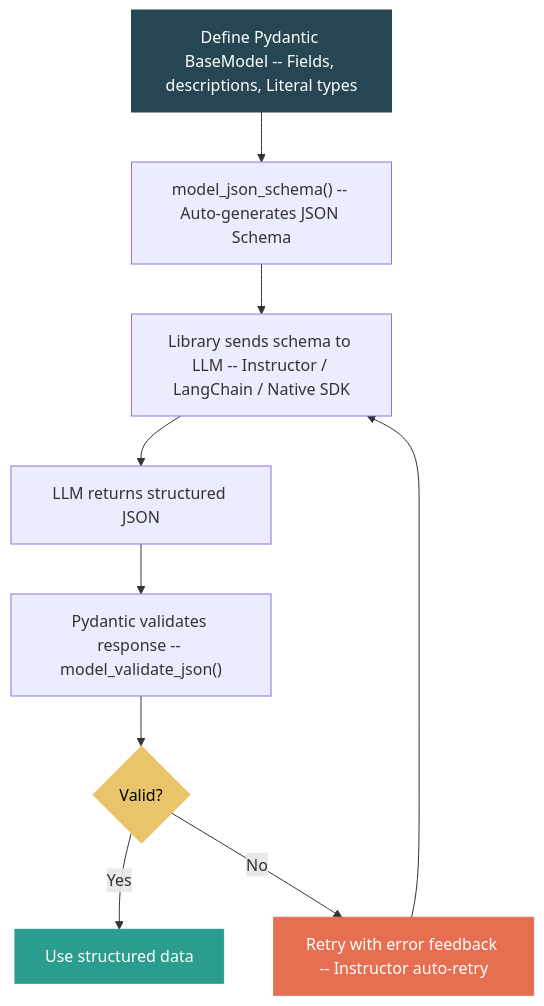
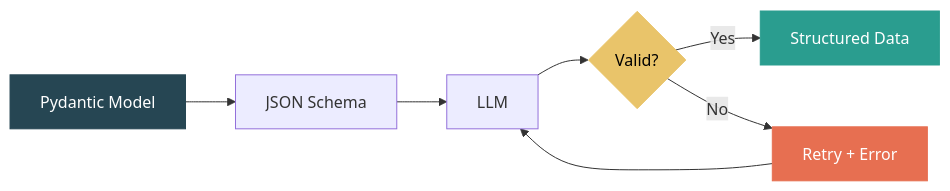
One commit to dangquan1402/community-contributor-posts changed the second of 2 diagrams in _posts/2026-04-02-structured-output-evolution.md. Above: the diagram before and after it, drawn with Mermaid. The commit also changed other lines of this file and 9 other files, not shown here.

First line of the commit message:
Improve diagrams, add inline references and TOC headers across all posts

```diff
--- a/_posts/2026-04-02-structured-output-evolution.md
+++ b/_posts/2026-04-02-structured-output-evolution.md
@@ -137,16 +156,14 @@
 <pre class="mermaid">
-graph TD
-    A["Define Pydantic BaseModel -- Fields, descriptions, Literal types"] --> B["model_json_schema() -- Auto-generates JSON Schema"]
-    B --> C["Library sends schema to LLM -- Instructor / LangChain / Native SDK"]
-    C --> D["LLM returns structured JSON"]
-    D --> E["Pydantic validates response -- model_validate_json()"]
-    E --> F{"Valid?"}
-    F -->|Yes| G["Use structured data"]
-    F -->|No| H["Retry with error feedback -- Instructor auto-retry"]
-    H --> C
+graph LR
+    A["Pydantic Model"] --> B["JSON Schema"]
+    B --> C["LLM"]
+    C --> D{"Valid?"}
+    D -->|Yes| E["Structured Data"]
+    D -->|No| F["Retry + Error"]
+    F --> C
 
     style A fill:#264653,stroke:#264653,color:#fff
-    style G fill:#2a9d8f,stroke:#2a9d8f,color:#fff
-    style H fill:#e76f51,stroke:#e76f51,color:#fff
-    style F fill:#e9c46a,stroke:#e9c46a,color:#000
+    style E fill:#2a9d8f,stroke:#2a9d8f,color:#fff
+    style F fill:#e76f51,stroke:#e76f51,color:#fff
+    style D fill:#e9c46a,stroke:#e9c46a,color:#000
 </pre>
```
